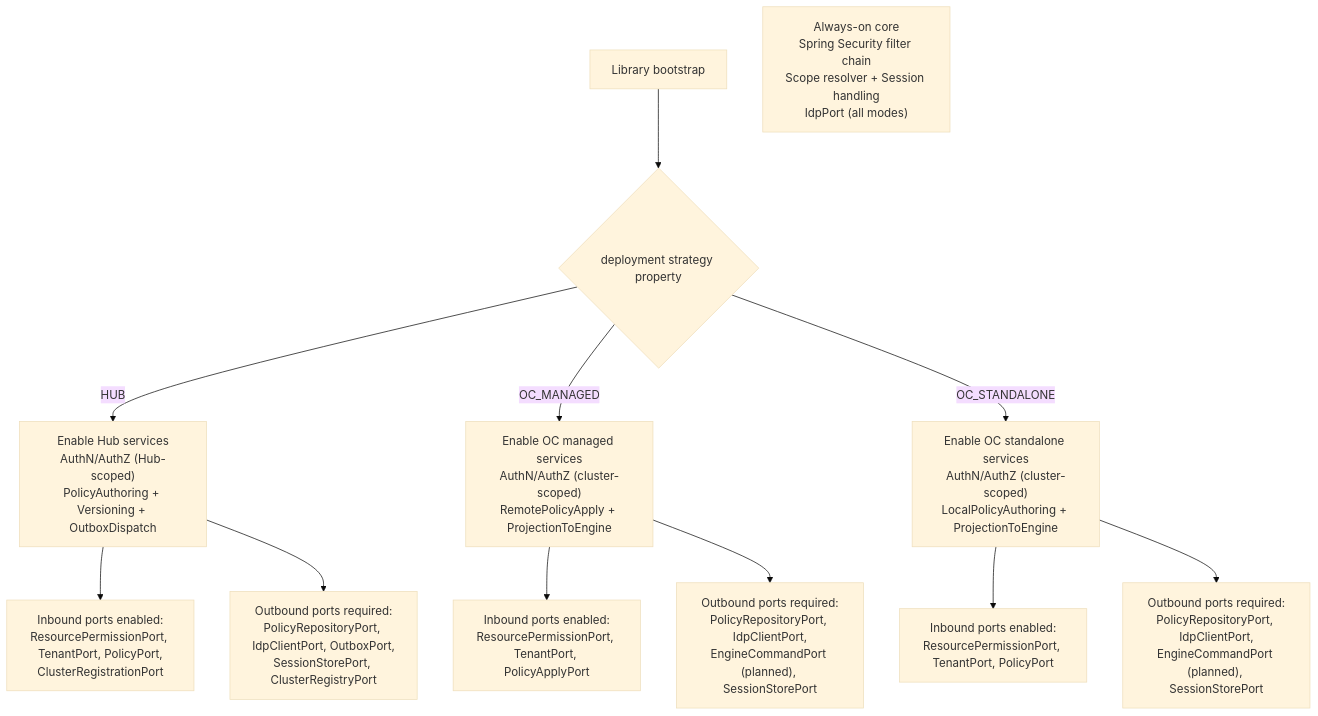
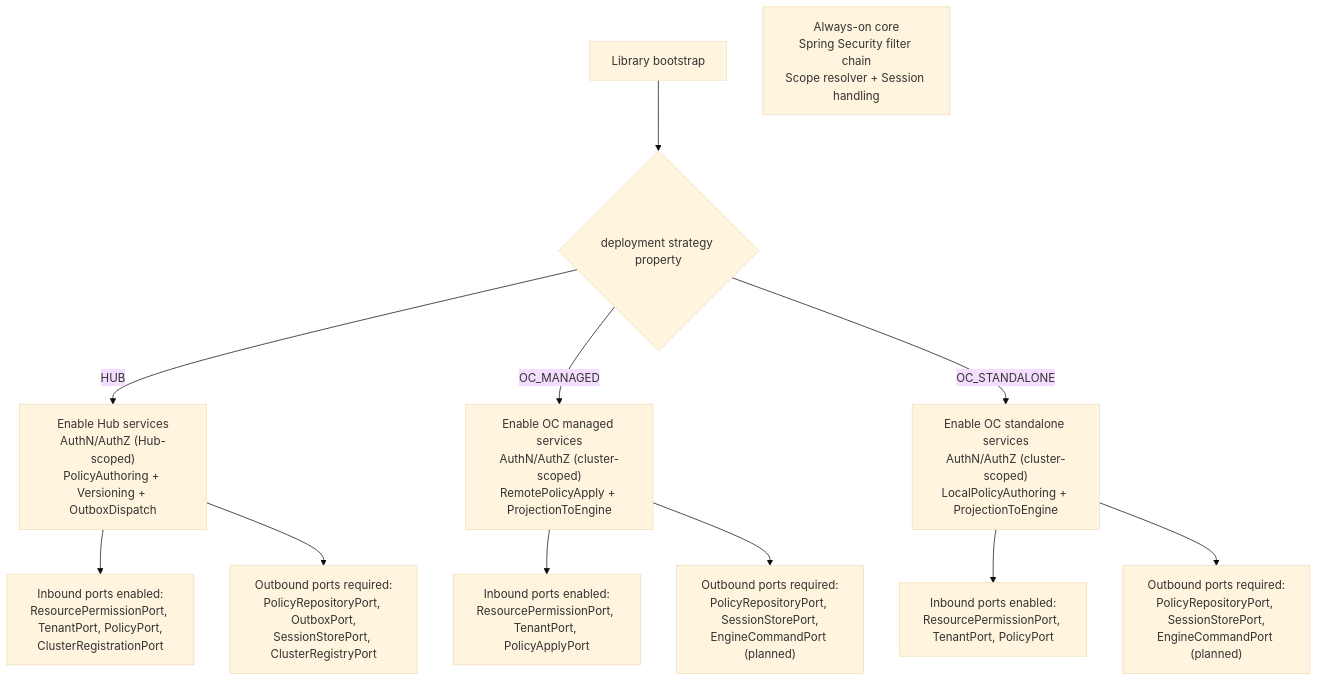
One commit to camunda/camunda-security-library changed the ninth of 20 diagrams in docs/architecture_docs.md. Above: the diagram before and after it, drawn with Mermaid (base theme). The commit also changed other lines of this file, not shown here.

First line of the commit message:
docs: address Copilot PR review comments on architecture_docs

````diff
--- a/docs/architecture_docs.md
+++ b/docs/architecture_docs.md
@@ -1041,18 +1041,18 @@
 ```mermaid
 flowchart TB
   Start["Library bootstrap"] --> Mode{"deployment strategy property"}
 
   Mode -->|"HUB"| Hub["Enable Hub services<br>AuthN/AuthZ (Hub-scoped)<br>PolicyAuthoring + Versioning + OutboxDispatch"]
   Mode -->|"OC_MANAGED"| OCM["Enable OC managed services<br>AuthN/AuthZ (cluster-scoped)<br>RemotePolicyApply + ProjectionToEngine"]
   Mode -->|"OC_STANDALONE"| OCS["Enable OC standalone services<br>AuthN/AuthZ (cluster-scoped)<br>LocalPolicyAuthoring + ProjectionToEngine"]
 
-  Core["Always-on core<br>Spring Security filter chain<br>Scope resolver + Session handling<br>IdpPort (all modes)"]
+  Core["Always-on core<br>Spring Security filter chain<br>Scope resolver + Session handling"]
 
   Hub --> HubIn["Inbound ports enabled:<br>ResourcePermissionPort, TenantPort, PolicyPort,<br>ClusterRegistrationPort"]
   OCM --> OCMIn["Inbound ports enabled:<br>ResourcePermissionPort, TenantPort, PolicyApplyPort"]
   OCS --> OCSPin["Inbound ports enabled:<br>ResourcePermissionPort, TenantPort, PolicyPort"]
 
-  Hub --> HubPorts["Outbound ports required:<br>PolicyRepositoryPort, IdpClientPort, OutboxPort,<br>SessionStorePort, ClusterRegistryPort"]
-  OCM --> OCMPorts["Outbound ports required:<br>PolicyRepositoryPort, IdpClientPort,<br>EngineCommandPort (planned), SessionStorePort"]
-  OCS --> OCSPorts["Outbound ports required:<br>PolicyRepositoryPort, IdpClientPort,<br>EngineCommandPort (planned), SessionStorePort"]
+  Hub --> HubPorts["Outbound ports required:<br>PolicyRepositoryPort, OutboxPort,<br>SessionStorePort, ClusterRegistryPort"]
+  OCM --> OCMPorts["Outbound ports required:<br>PolicyRepositoryPort, SessionStorePort,<br>EngineCommandPort (planned)"]
+  OCS --> OCSPorts["Outbound ports required:<br>PolicyRepositoryPort, SessionStorePort,<br>EngineCommandPort (planned)"]
 ```
````
